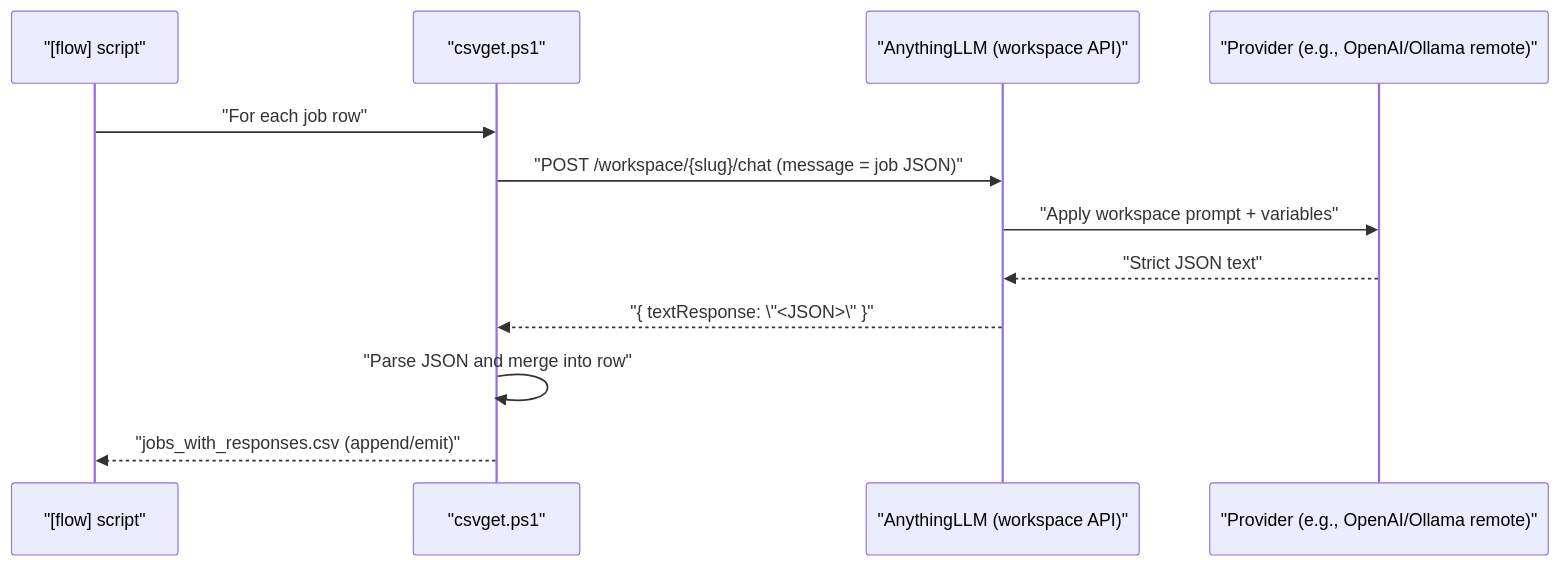
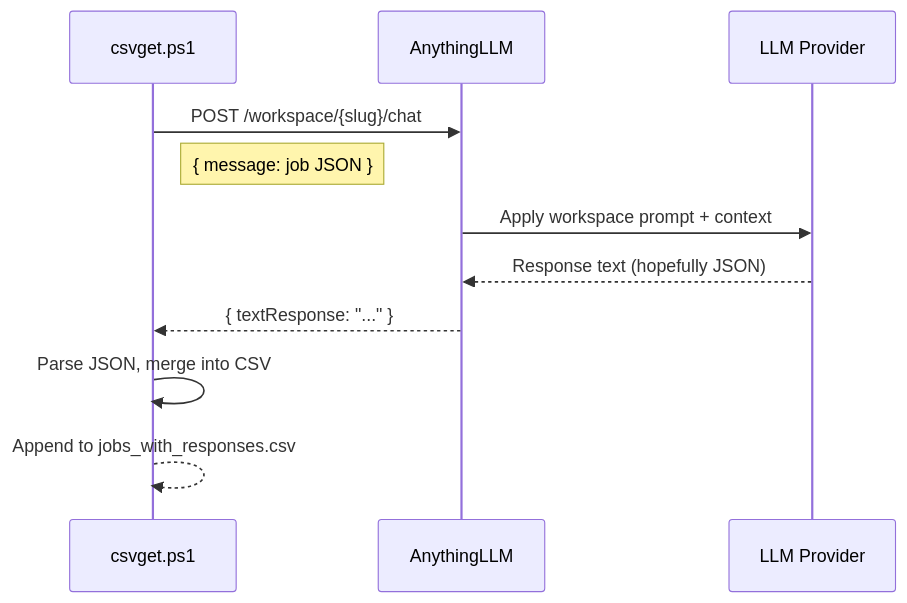
The third of 4 diagrams in README.md (drjp81/jobanalyzer), drawn with Mermaid before and after one commit. The commit also changed other lines of this file and 18 other files, not shown here.

````diff
--- a/README.md
+++ b/README.md
@@ -131,15 +178,14 @@
 ```mermaid
 sequenceDiagram
-  participant Flow as "[flow] script"
-  participant Eval as "csvget.ps1"
-  participant A as "AnythingLLM (workspace API)"
-  participant Prov as "Provider (e.g., OpenAI/Ollama remote)"
+  participant Script as csvget.ps1
+  participant ALLM as AnythingLLM
+  participant Provider as LLM Provider
 
-  Flow->>Eval: "For each job row"
-  Eval->>A: "POST /workspace/{slug}/chat (message = job JSON)"
-  A->>Prov: "Apply workspace prompt + variables"
-  Prov-->>A: "Strict JSON text"
-  A-->>Eval: "{ textResponse: \"<JSON>\" }"
-  Eval->>Eval: "Parse JSON and merge into row"
-  Eval-->>Flow: "jobs_with_responses.csv (append/emit)"
+  Script->>ALLM: POST /workspace/{slug}/chat
+  Note right of Script: { message: job JSON }
+  ALLM->>Provider: Apply workspace prompt + context
+  Provider-->>ALLM: Response text (hopefully JSON)
+  ALLM-->>Script: { textResponse: "..." }
+  Script->>Script: Parse JSON, merge into CSV
+  Script-->>Script: Append to jobs_with_responses.csv
 ```
````
